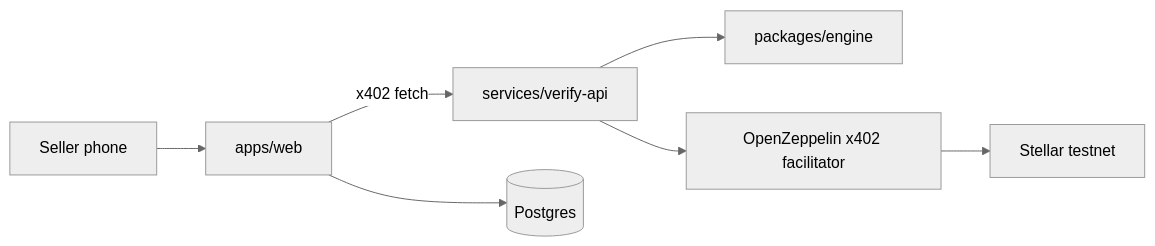
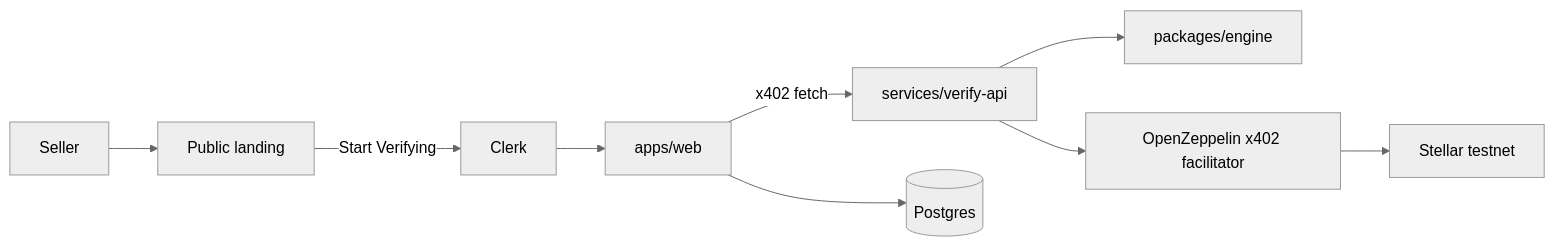
One commit to Nosh-thee-techy/orderverify changed the diagram in README.md. Above: the diagram before and after it, drawn with Mermaid (neutral theme). The commit also changed other lines of this file, not shown here.

Commit message:
Updated the readme to match current flow

````diff
--- a/README.md
+++ b/README.md
@@ -9,9 +21,11 @@
 ```mermaid
 flowchart LR
-  Phone[Seller phone] --> Web[apps/web]
+  Seller[Seller] --> Landing[Public landing]
+  Landing -->|Start Verifying| Clerk[Clerk]
+  Clerk --> Web[apps/web]
   Web -->|x402 fetch| API[services/verify-api]
   API --> Engine[packages/engine]
   API --> Facilitator[OpenZeppelin x402 facilitator]
   Facilitator --> Stellar[Stellar testnet]
   Web --> DB[(Postgres)]
 ```
````
